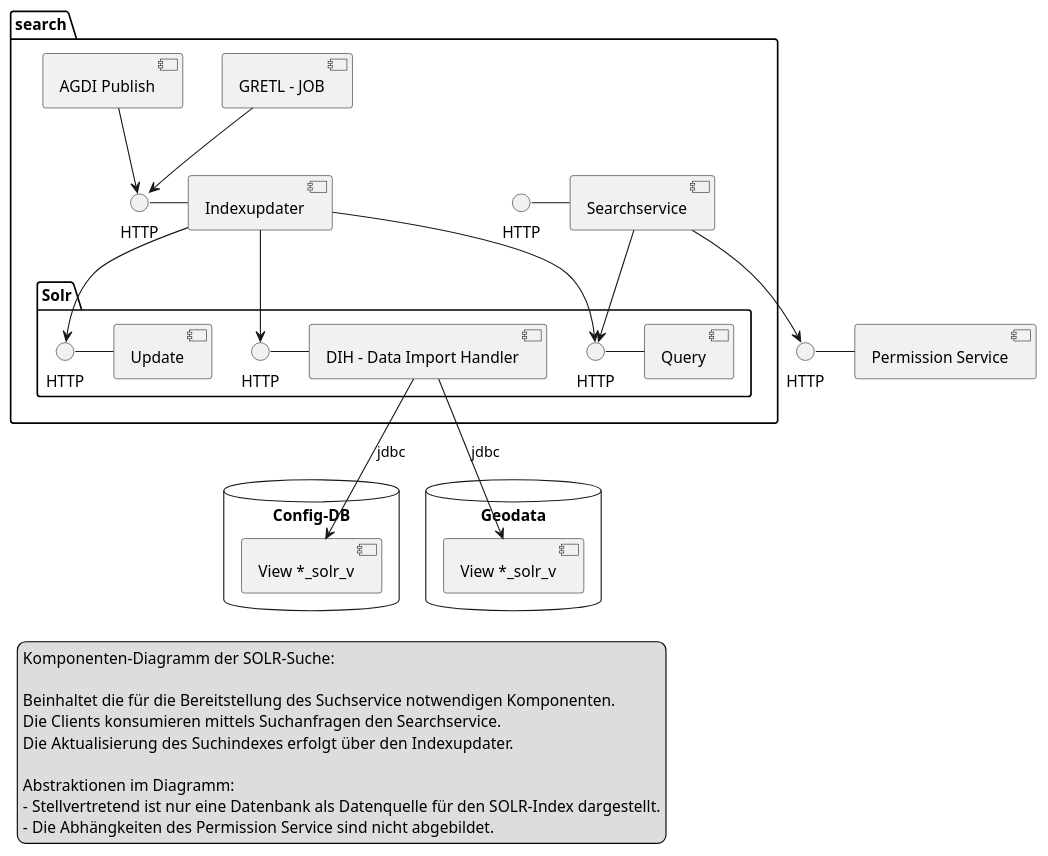
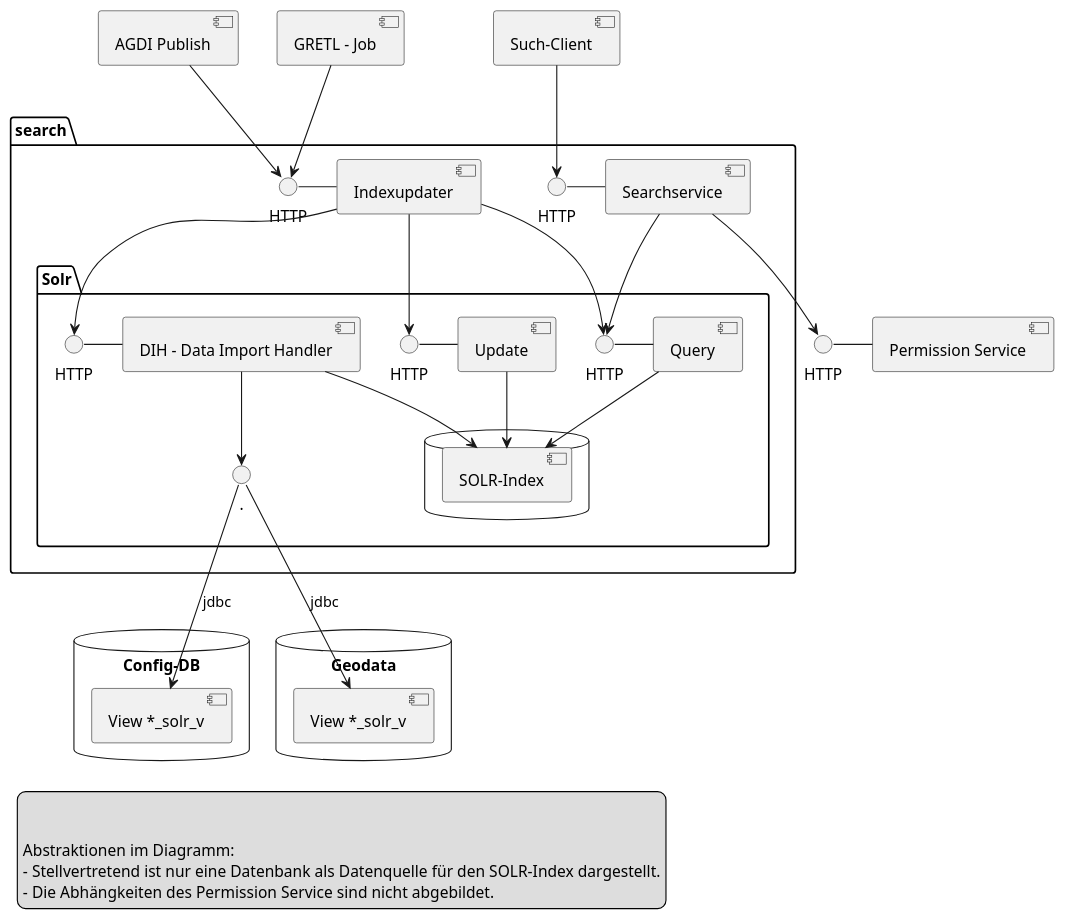
The diagram in diagrams/api_search.puml (bjsvwcur/components), drawn with PlantUML before and after one commit. The commit also changed 15 other files, not shown here.

```diff
--- a/diagrams/api_search.puml
+++ b/diagrams/api_search.puml
@@ -1,72 +1,74 @@
 @startuml
 [Permission Service] as ps
 () HTTP as psi
 psi - ps
  
 database "Config-DB" {
   [View *_solr_v] as config_v
 }
 
 database "Geodata" {
   [View *_solr_v] as data_v
 }
 
-
 package "search" {
 
   package "Solr" {
-    [DIH - Data Import Handler] as dih
-    () HTTP as dihi    
-    dih --> config_v : jdbc
-    dih --> data_v : jdbc
+    together {
+      [DIH - Data Import Handler] as dih
+      () HTTP as dihi   
+      dihi - dih 
+    }
+    
+    () . as h1
+    
+    dih --> h1
+    h1 --> config_v : jdbc
+    h1 --> data_v : jdbc
 
-    () HTTP as uhi
-    () HTTP as qi
-
-    uhi - [Update]
-    dihi - [dih]
-    qi - [Query]
+    together {
+      [Update] as uh
+      () HTTP as uhi
+      uhi - uh
+    }
+    
+    together {
+      () HTTP as qi    
+      [Query] as q
+      qi - q
+    }
+    
+    database {
+      [SOLR-Index] as si
+    }
+    dih --> si
+    uh --> si
+    q --> si
   }
 
   [Searchservice] as ss
   () HTTP as ssi
   ssi - ss
   ss --> qi
   ss --> psi
 
-  [GRETL - JOB] as gretl
-
   [Indexupdater] as iu
   () HTTP as iui
   iui - iu
   iu --> uhi
   iu --> dihi
   iu --> qi
-
-  
-  [AGDI Publish] --> iui
-  gretl --> iui
 }
 
-
-
-
-
-
-
-
-
-
+[AGDI Publish] --> iui
+[GRETL - Job] --> iui
+[Such-Client] --> ssi
 
 legend bottom left
-  Komponenten-Diagramm der SOLR-Suche:
 
-  Beinhaltet die für die Bereitstellung des Suchservice notwendigen Komponenten.
-  Die Clients konsumieren mittels Suchanfragen den Searchservice.
-  Die Aktualisierung des Suchindexes erfolgt über den Indexupdater.
   
   Abstraktionen im Diagramm:
   - Stellvertretend ist nur eine Datenbank als Datenquelle für den SOLR-Index dargestellt.
   - Die Abhängkeiten des Permission Service sind nicht abgebildet.
 endlegend
 @enduml
```
